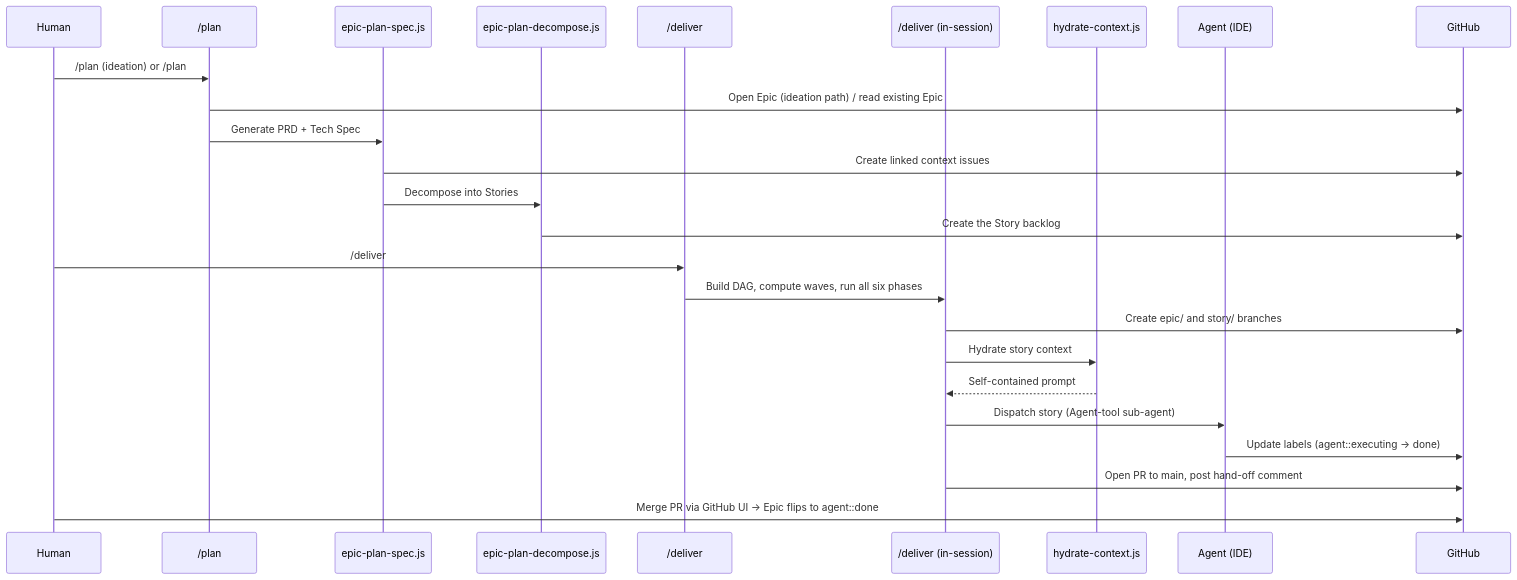
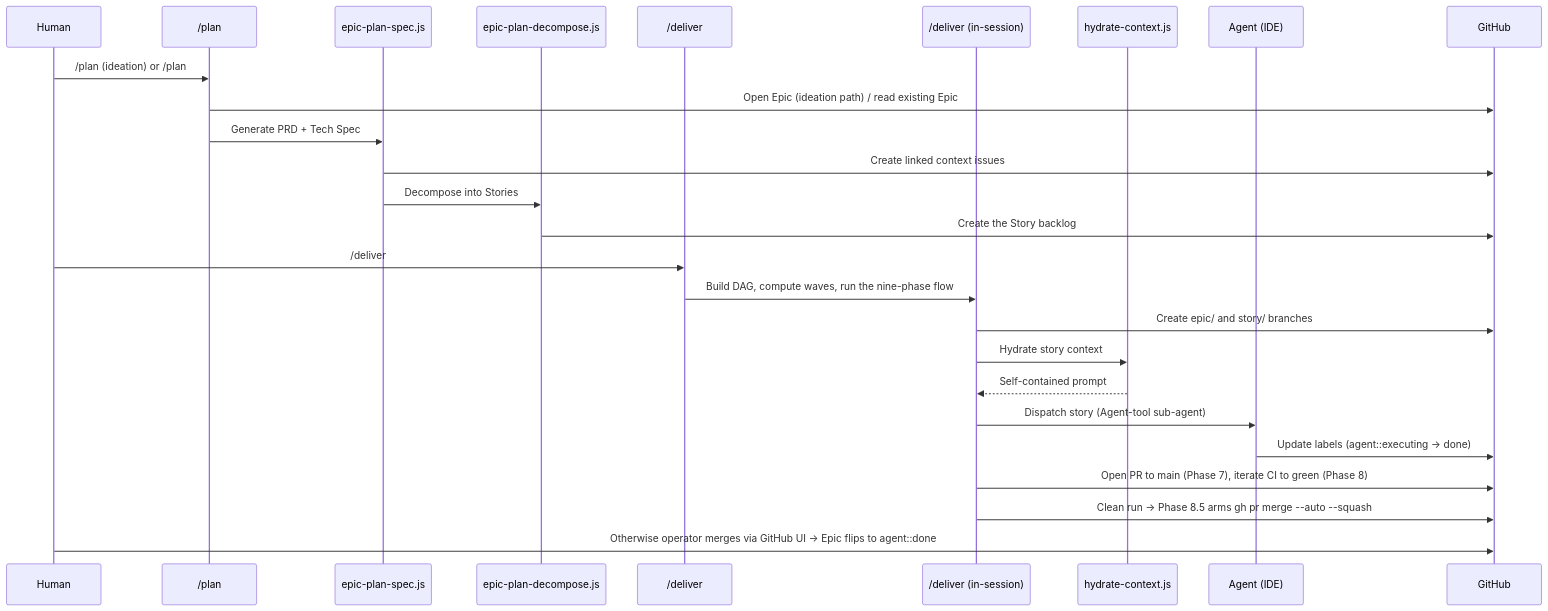
Before and after one commit to dsj1984/mandrel: the sixth of 7 diagrams in docs/architecture.md, drawn with Mermaid. The commit also changed other lines of this file and 24 other files, not shown here.

````diff
--- a/docs/architecture.md
+++ b/docs/architecture.md
@@ -580,29 +572,30 @@
 ```mermaid
 sequenceDiagram
     participant H as Human
     participant P as /plan
     participant EP as epic-plan-spec.js
     participant TD as epic-plan-decompose.js
     participant D as /deliver
     participant EDR as /deliver (in-session)
     participant CH as hydrate-context.js
     participant A as Agent (IDE)
     participant GH as GitHub
 
     H->>P: /plan (ideation) or /plan #EPIC
     P->>GH: Open Epic (ideation path) / read existing Epic
     P->>EP: Generate PRD + Tech Spec
     EP->>GH: Create linked context issues
     EP->>TD: Decompose into Stories
     TD->>GH: Create the Story backlog
 
     H->>D: /deliver #EPIC
-    D->>EDR: Build DAG, compute waves, run all six phases
+    D->>EDR: Build DAG, compute waves, run the nine-phase flow
     EDR->>GH: Create epic/ and story/ branches
     EDR->>CH: Hydrate story context
     CH-->>EDR: Self-contained prompt
     EDR->>A: Dispatch story (Agent-tool sub-agent)
     A->>GH: Update labels (agent::executing → done)
-    EDR->>GH: Open PR to main, post hand-off comment
-    H->>GH: Merge PR via GitHub UI → Epic flips to agent::done
+    EDR->>GH: Open PR to main (Phase 7), iterate CI to green (Phase 8)
+    EDR->>GH: Clean run → Phase 8.5 arms gh pr merge --auto --squash
+    H->>GH: Otherwise operator merges via GitHub UI → Epic flips to agent::done
 ```
````
